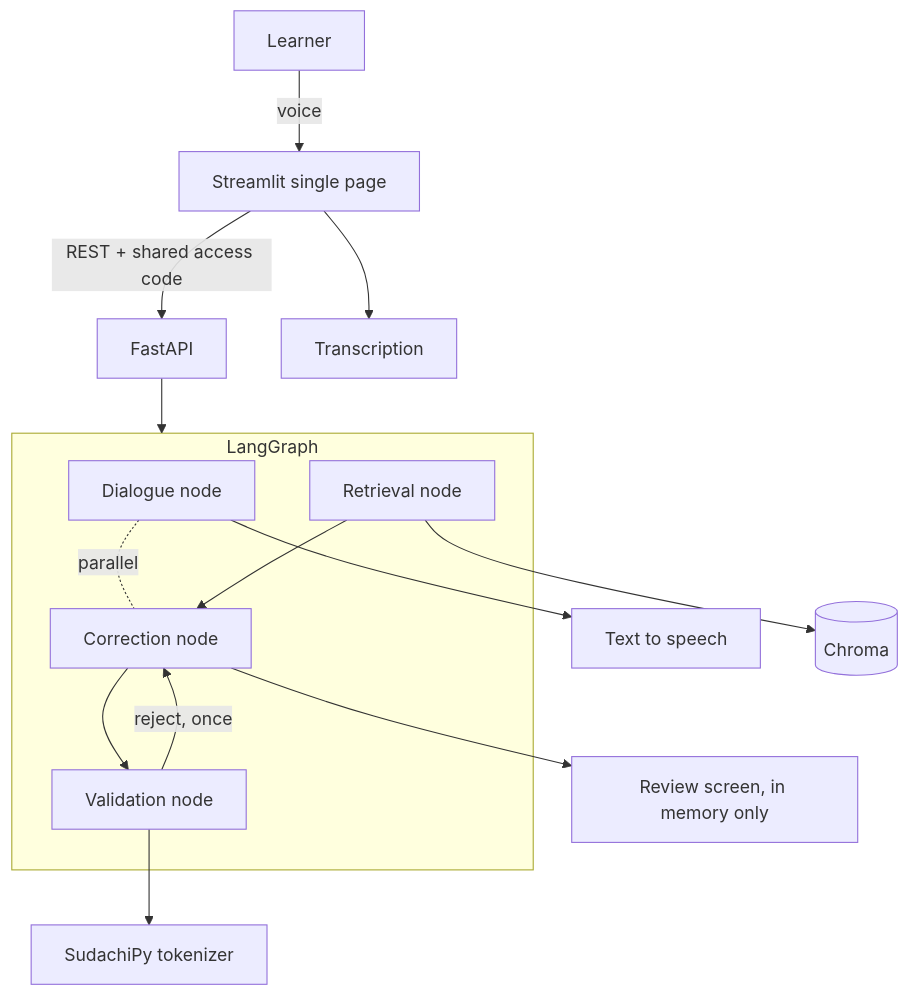
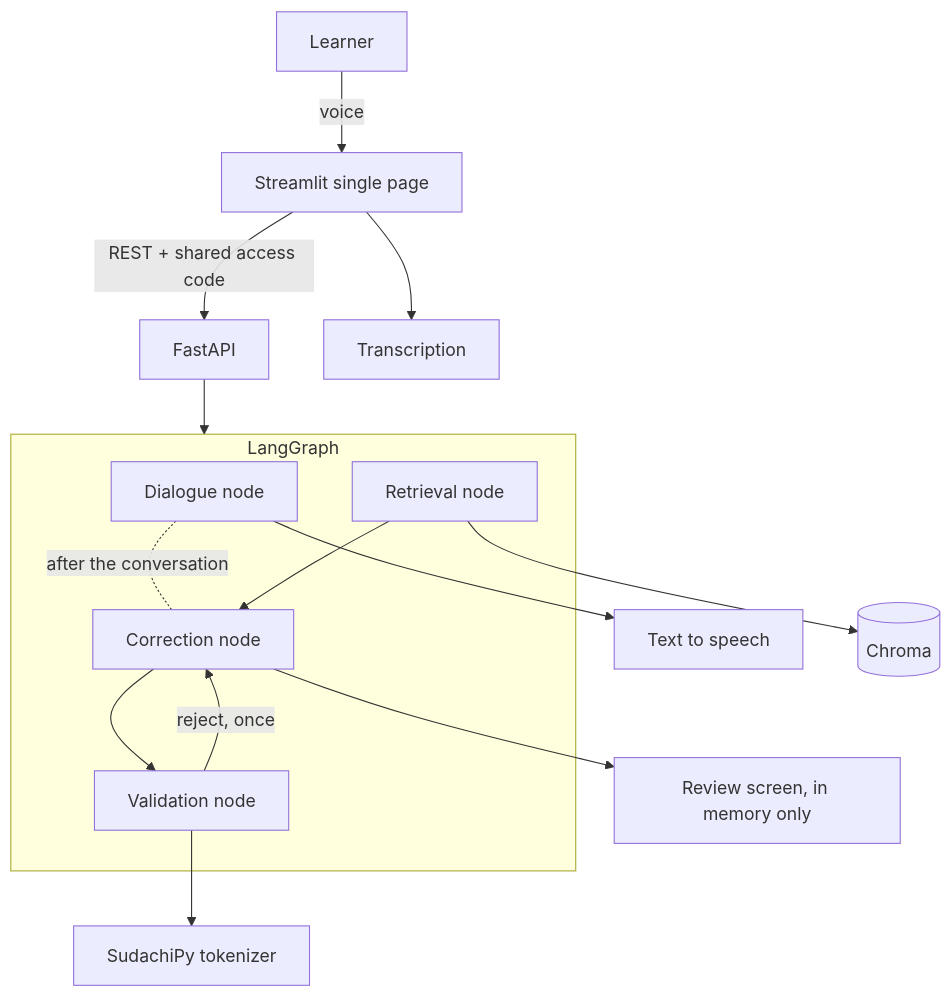
The diagram in docs/en/functional-design.md (Jun-Araki/japanese-speaking-coach), drawn with Mermaid before and after one commit. The commit also changed other lines of this file and 17 other files, not shown here.

````diff
--- a/docs/en/functional-design.md
+++ b/docs/en/functional-design.md
@@ -12,23 +12,23 @@
 ```mermaid
 graph TB
     U[Learner] -->|voice| ST[Streamlit single page]
     ST -->|REST + shared access code| API[FastAPI]
     API --> G[LangGraph]
 
     subgraph G [LangGraph]
         DLG[Dialogue node]
         COR[Correction node]
         RET[Retrieval node]
         VAL[Validation node]
-        DLG -.parallel.- COR
+        DLG -.after the conversation.- COR
         RET --> COR
         COR --> VAL
         VAL -->|reject, once| COR
     end
 
     DLG --> TTS[Text to speech]
     COR --> RV[Review screen, in memory only]
     RET --> CH[(Chroma)]
     VAL --> NLP[SudachiPy tokenizer]
     ST --> STT[Transcription]
 ```
````
